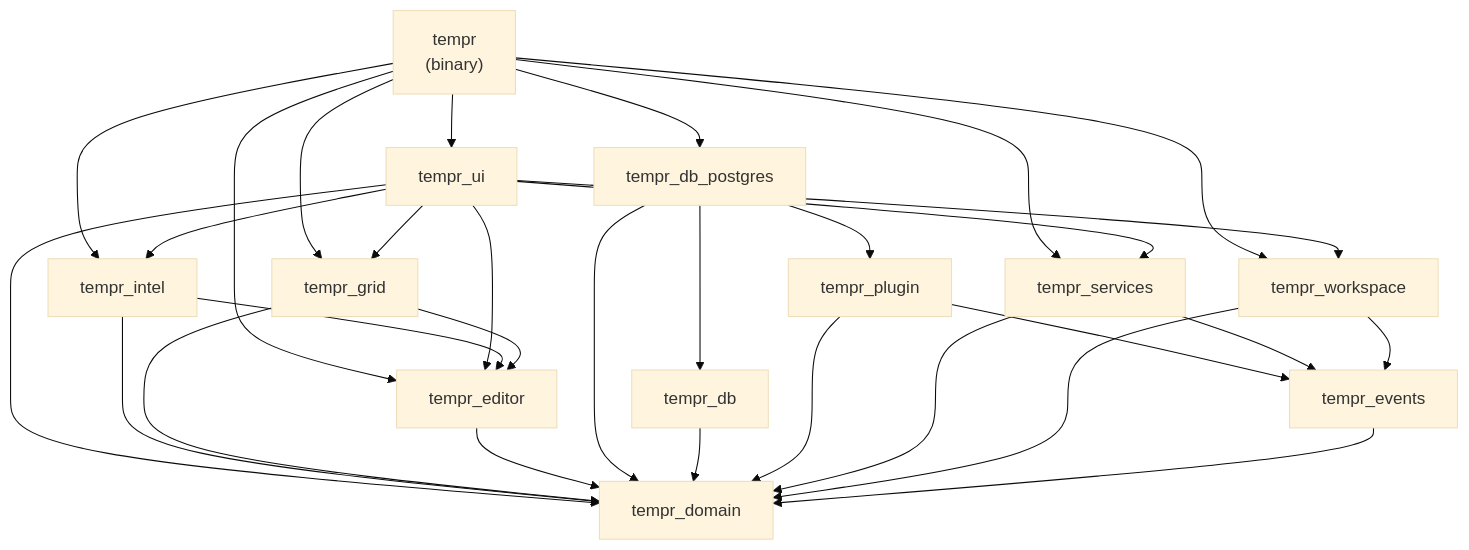
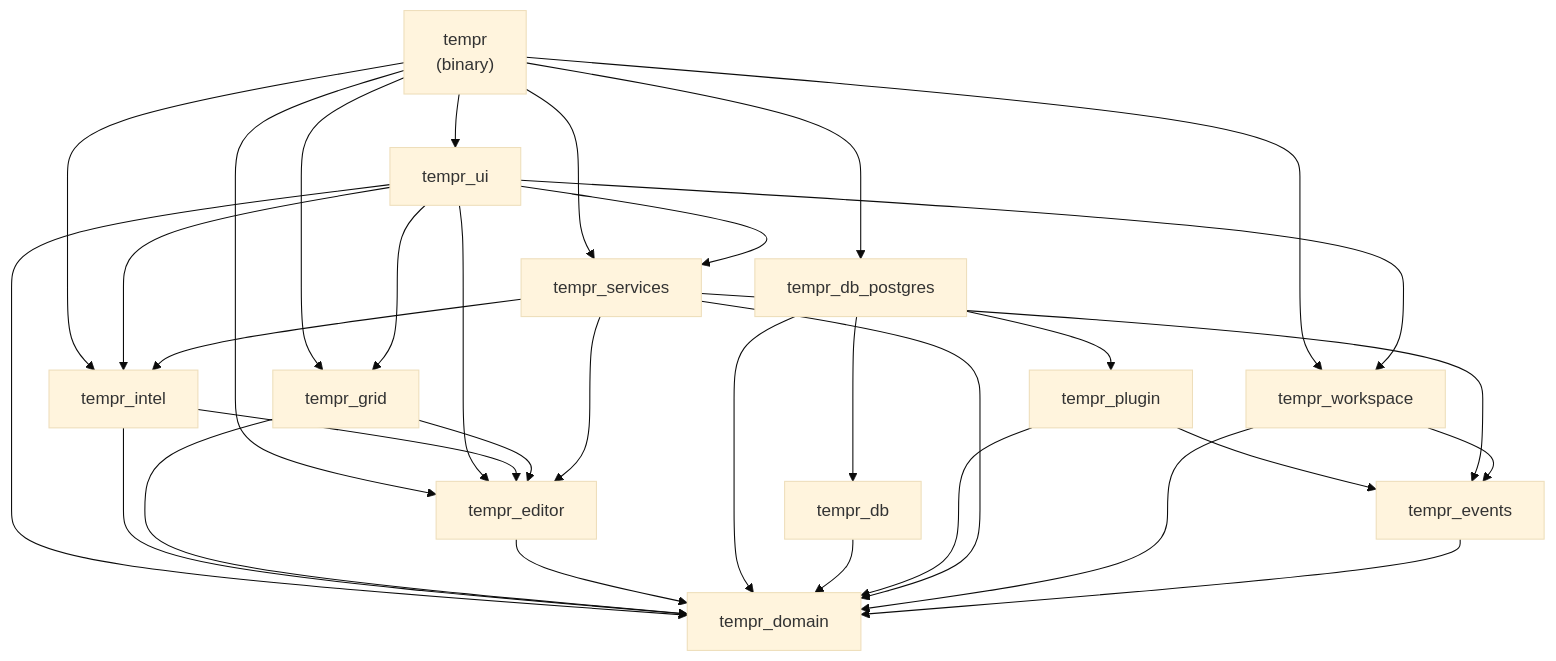
One commit to mohamad-kanso/Tempr changed the second of 2 diagrams in docs/14-project-layout.md. Above: the diagram before and after it, drawn with Mermaid (base theme). The commit also changed other lines of this file and 35 other files, not shown here.

````diff
--- a/docs/14-project-layout.md
+++ b/docs/14-project-layout.md
@@ -136,57 +136,59 @@
 ```mermaid
 graph TD
     binary["tempr<br/>(binary)"]
 
     ui["tempr_ui"]
     intel["tempr_intel"]
     grid["tempr_grid"]
     editor["tempr_editor"]
 
     db_postgres["tempr_db_postgres"]
     db["tempr_db"]
     plugin["tempr_plugin"]
     services["tempr_services"]
     workspace["tempr_workspace"]
 
     events["tempr_events"]
     domain["tempr_domain"]
 
     binary --> ui
     binary --> intel
     binary --> grid
     binary --> editor
     binary --> db_postgres
     binary --> services
     binary --> workspace
 
     ui --> intel
     ui --> grid
     ui --> editor
     ui --> services
     ui --> workspace
     ui --> domain
 
     intel --> domain
     intel --> editor
 
     grid --> domain
     grid --> editor
 
     editor --> domain
 
     db_postgres --> db
     db_postgres --> plugin
     db_postgres --> domain
 
     db --> domain
     plugin --> domain
     plugin --> events
 
     services --> domain
     services --> events
+    services --> intel
+    services --> editor
 
     workspace --> domain
     workspace --> events
 
     events --> domain
 ```
````
